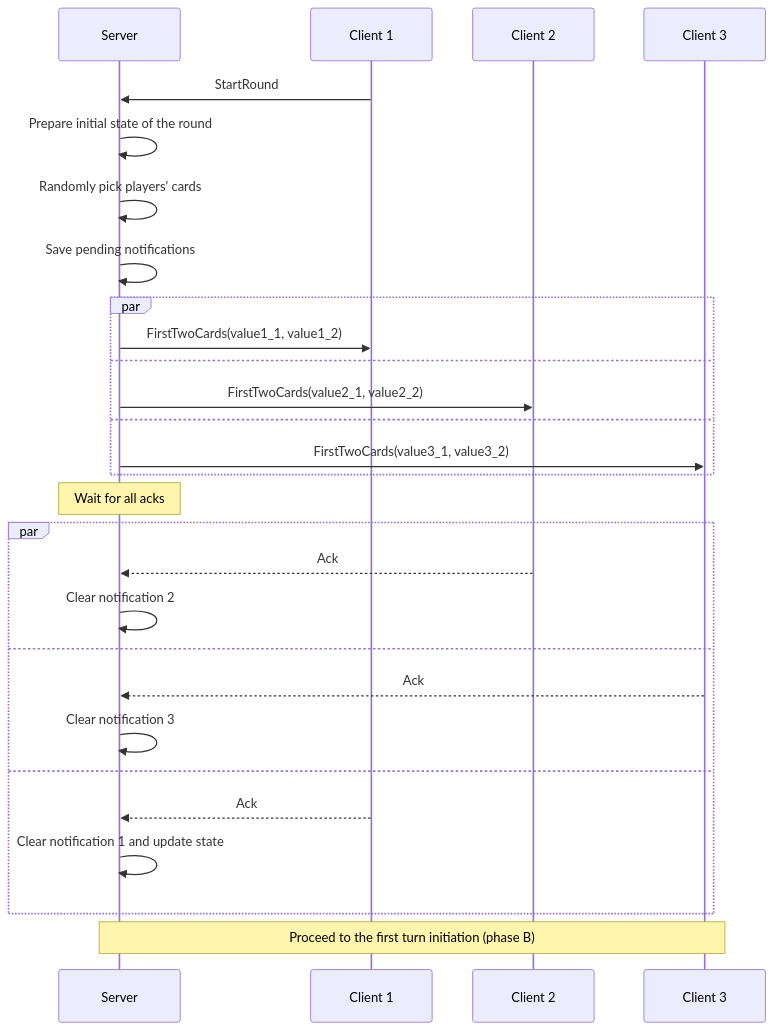
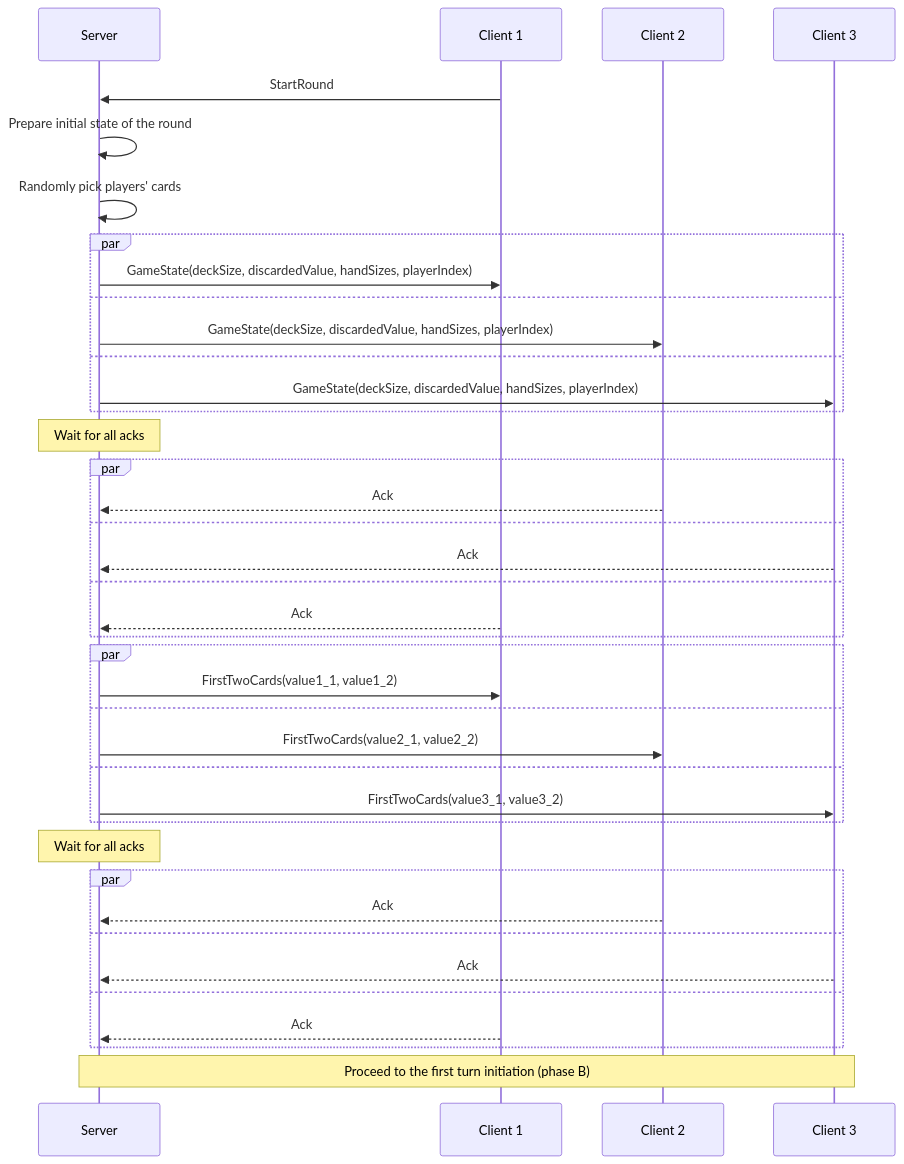
One commit to roman-zubarevich/another changed the second of 15 diagrams in README.md. Above: the diagram before and after it, drawn with Mermaid. The commit also changed other lines of this file, not shown here.

````diff
--- a/README.md
+++ b/README.md
@@ -39,30 +39,41 @@
 ```mermaid
 sequenceDiagram
     participant S as Server
     participant C1 as Client 1
     participant C2 as Client 2
     participant C3 as Client 3
     C1->>S: StartRound
     S->>S: Prepare initial state of the round
     S->>S: Randomly pick players' cards
-    S->>S: Save pending notifications
+    par
+        S->>C1: GameState(deckSize, discardedValue, handSizes, playerIndex)
+    and
+        S->>C2: GameState(deckSize, discardedValue, handSizes, playerIndex)
+    and
+        S->>C3: GameState(deckSize, discardedValue, handSizes, playerIndex)
+    end
+    Note over S: Wait for all acks
+    par
+        C2-->>S: Ack
+    and
+        C3-->>S: Ack
+    and
+        C1-->>S: Ack
+    end
     par
         S->>C1: FirstTwoCards(value1_1, value1_2)
     and
         S->>C2: FirstTwoCards(value2_1, value2_2)
     and
         S->>C3: FirstTwoCards(value3_1, value3_2)
     end
     Note over S: Wait for all acks
     par
         C2-->>S: Ack
-        S->>S: Clear notification 2
     and
         C3-->>S: Ack
-        S->>S: Clear notification 3
     and
         C1-->>S: Ack
-        S->>S: Clear notification 1 and update state
     end
     Note over S,C3: Proceed to the first turn initiation (phase B)
 ```
````
